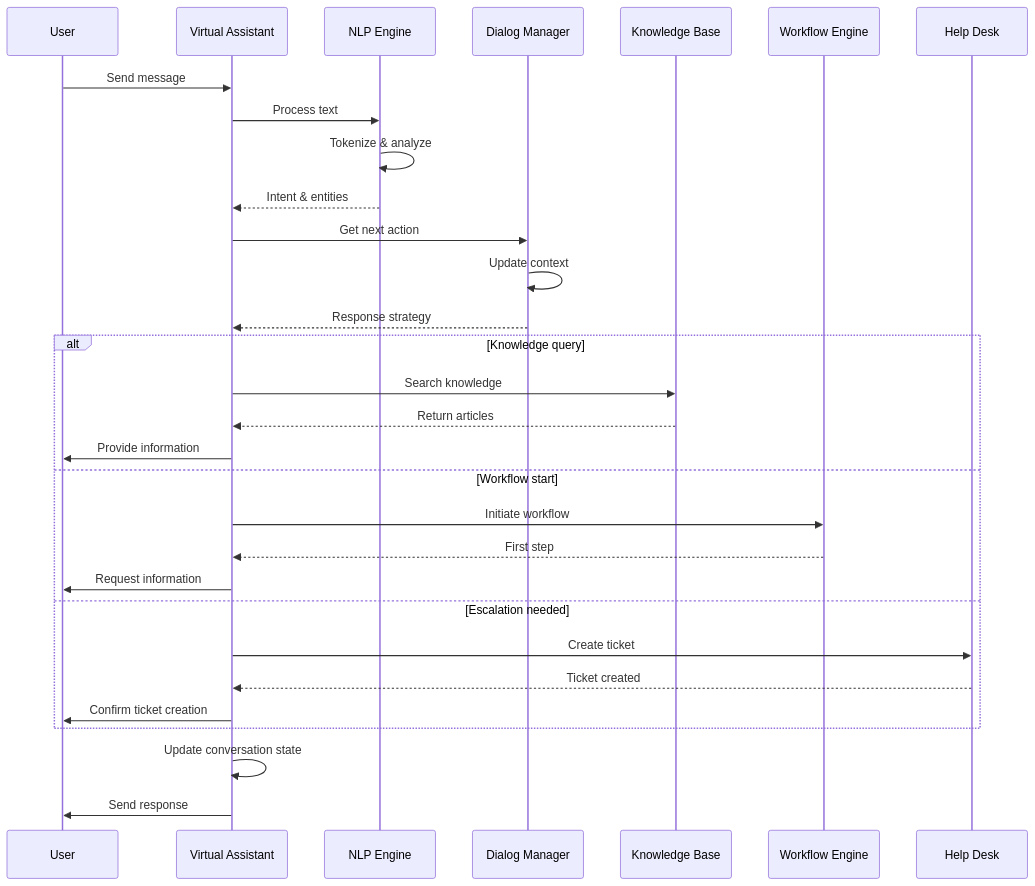
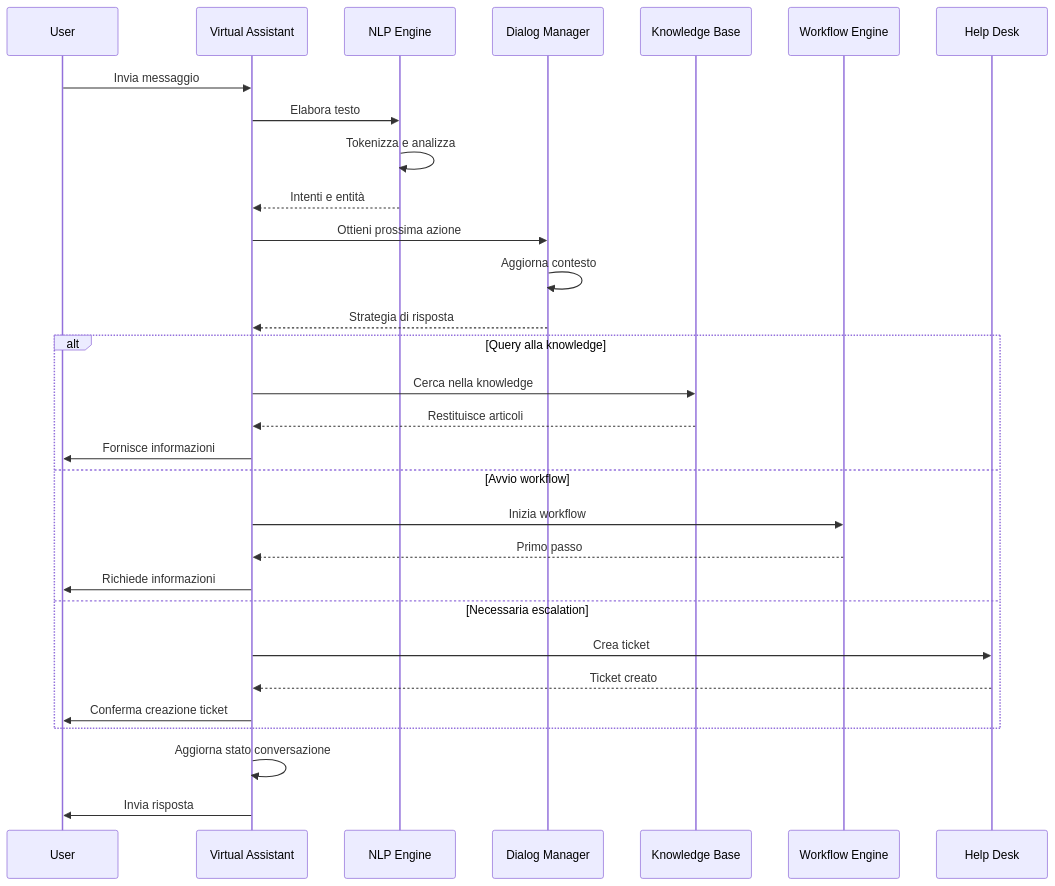
The fourth of 9 diagrams in docs/use_cases/UC10 - Supporto all'Utente/03-SEQUENCES.md (gianlucaciarcelluti/Interzen.ZenIA), drawn with Mermaid before and after one commit. The commit also changed other lines of this file and 14 other files, not shown here.

````diff
--- a/docs/use_cases/UC10 - Supporto all'Utente/03-SEQUENCES.md
+++ b/docs/use_cases/UC10 - Supporto all'Utente/03-SEQUENCES.md
@@ -124,36 +124,36 @@
 ```mermaid
 sequenceDiagram
     participant U as User
     participant VA as Virtual Assistant
     participant NLP as NLP Engine
     participant DM as Dialog Manager
     participant KB as Knowledge Base
     participant WF as Workflow Engine
     participant HD as Help Desk
 
-    U->>VA: Send message
-    VA->>NLP: Process text
-    NLP->>NLP: Tokenize & analyze
-    NLP-->>VA: Intent & entities
+    U->>VA: Invia messaggio
+    VA->>NLP: Elabora testo
+    NLP->>NLP: Tokenizza e analizza
+    NLP-->>VA: Intenti e entità
 
-    VA->>DM: Get next action
-    DM->>DM: Update context
-    DM-->>VA: Response strategy
+    VA->>DM: Ottieni prossima azione
+    DM->>DM: Aggiorna contesto
+    DM-->>VA: Strategia di risposta
 
-    alt Knowledge query
-        VA->>KB: Search knowledge
-        KB-->>VA: Return articles
-        VA->>U: Provide information
-    else Workflow start
-        VA->>WF: Initiate workflow
-        WF-->>VA: First step
-        VA->>U: Request information
-    else Escalation needed
-        VA->>HD: Create ticket
-        HD-->>VA: Ticket created
-        VA->>U: Confirm ticket creation
+    alt Query alla knowledge
+        VA->>KB: Cerca nella knowledge
+        KB-->>VA: Restituisce articoli
+        VA->>U: Fornisce informazioni
+    else Avvio workflow
+        VA->>WF: Inizia workflow
+        WF-->>VA: Primo passo
+        VA->>U: Richiede informazioni
+    else Necessaria escalation
+        VA->>HD: Crea ticket
+        HD-->>VA: Ticket creato
+        VA->>U: Conferma creazione ticket
     end
 
-    VA->>VA: Update conversation state
-    VA->>U: Send response
+    VA->>VA: Aggiorna stato conversazione
+    VA->>U: Invia risposta
 ```
````
